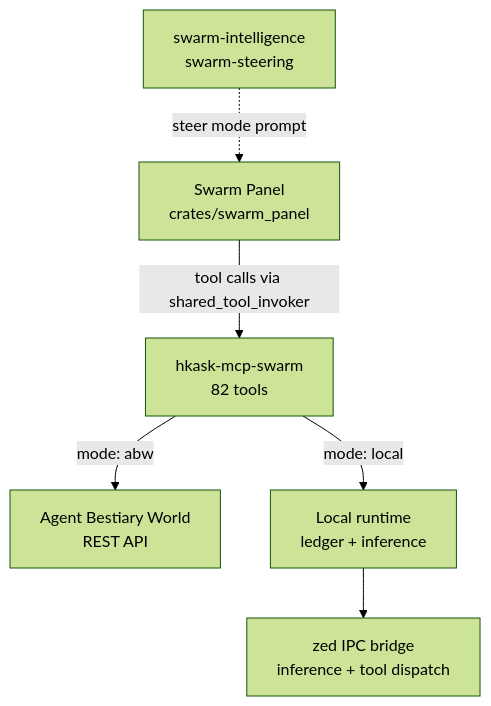
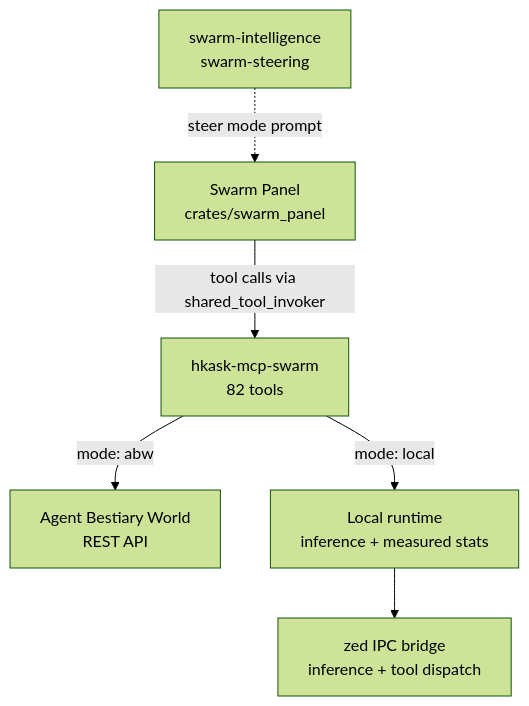
Before and after one commit to mdz-axo/zed-kask: the first of 3 diagrams in kask/docs/diataxis/swarm_system/tutorial.md, drawn with Mermaid (forest theme). The commit also changed other lines of this file and 26 other files, not shown here.

````diff
--- a/kask/docs/diataxis/swarm_system/tutorial.md
+++ b/kask/docs/diataxis/swarm_system/tutorial.md
@@ -40,8 +40,8 @@
 ```mermaid
 flowchart TD
     Panel[Swarm Panel<br/>crates/swarm_panel] -->|tool calls via shared_tool_invoker| Server[hkask-mcp-swarm<br/>82 tools]
     Server -->|mode: abw| ABW[Agent Bestiary World<br/>REST API]
-    Server -->|mode: local| Local[Local runtime<br/>ledger + inference]
+    Server -->|mode: local| Local[Local runtime<br/>inference + measured stats]
     Local --> IPC[zed IPC bridge<br/>inference + tool dispatch]
     Skills[swarm-intelligence<br/>swarm-steering] -.->|steer mode prompt| Panel
 ```
````
